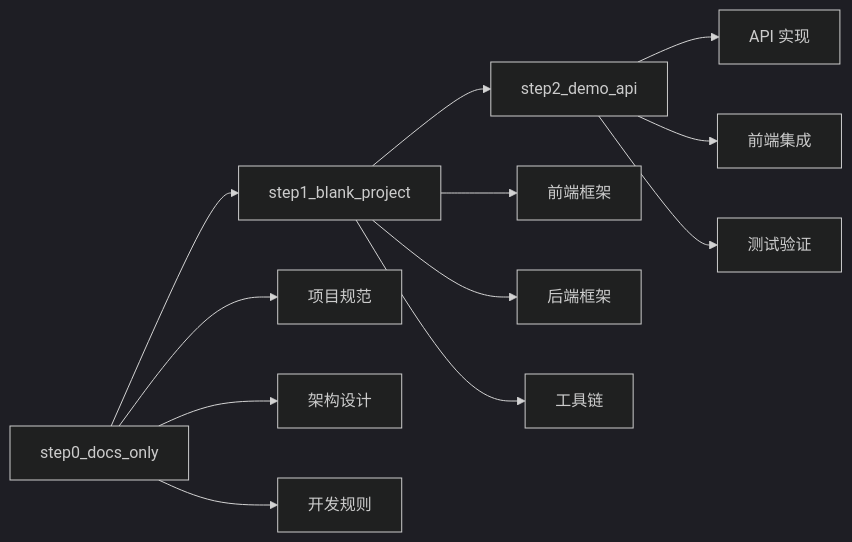
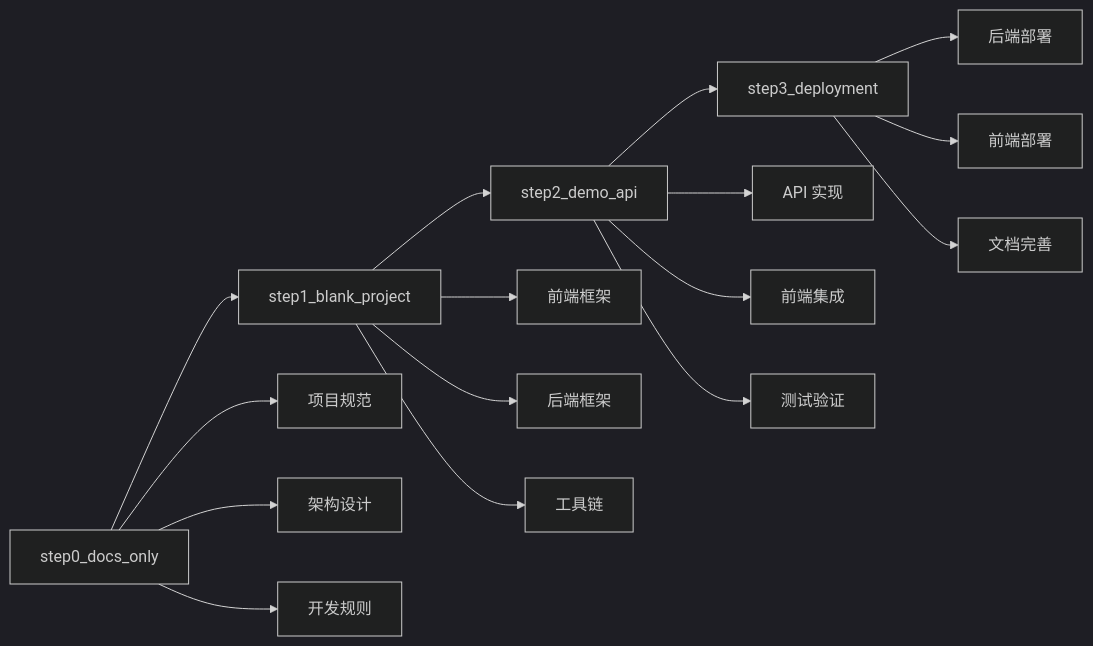
One commit to benyue1978/learn_agent_jobprep changed the diagram in TAGS.md. Above: the diagram before and after it, drawn with Mermaid (dark theme). The commit also changed other lines of this file and 1 other file, not shown here.

Commit message:
update deployment doc, mention the root directory issue

````diff
--- a/TAGS.md
+++ b/TAGS.md
@@ -107,17 +145,22 @@
 ```mermaid
 graph LR
     A[step0_docs_only] --> B[step1_blank_project]
     B --> C[step2_demo_api]
+    C --> D[step3_deployment]
 
     A --> A1[项目规范]
     A --> A2[架构设计]
     A --> A3[开发规则]
 
     B --> B1[前端框架]
     B --> B2[后端框架]
     B --> B3[工具链]
 
     C --> C1[API 实现]
     C --> C2[前端集成]
     C --> C3[测试验证]
+
+    D --> D1[后端部署]
+    D --> D2[前端部署]
+    D --> D3[文档完善]
 ```
````
